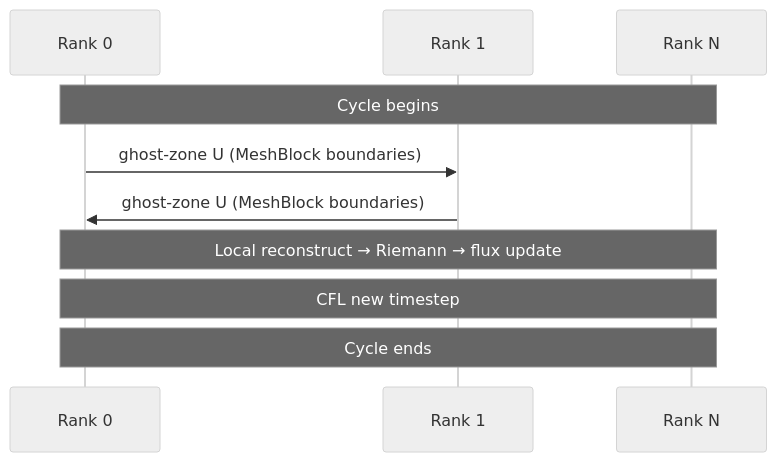
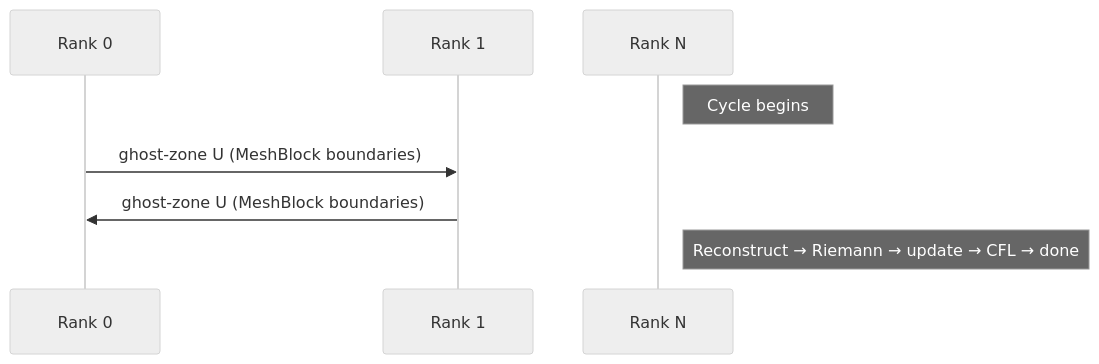
Before and after one commit to ngduchai/guard-agent: the second of 3 diagrams in tests/apps/docs/Athena++/README.md, drawn with Mermaid (neutral theme). The commit also changed other lines of this file and 43 other files, not shown here.

````diff
--- a/tests/apps/docs/Athena++/README.md
+++ b/tests/apps/docs/Athena++/README.md
@@ -103,13 +103,11 @@
 ```mermaid
 sequenceDiagram
     participant R0 as Rank 0
     participant R1 as Rank 1
     participant RN as Rank N
 
-    Note over R0,RN: Cycle begins
+    Note right of RN: Cycle begins
     R0->>R1: ghost-zone U (MeshBlock boundaries)
     R1->>R0: ghost-zone U (MeshBlock boundaries)
-    Note over R0,RN: Local reconstruct → Riemann → flux update
-    Note over R0,RN: CFL new timestep
-    Note over R0,RN: Cycle ends
+    Note right of RN: Reconstruct → Riemann → update → CFL → done
 ```
````
